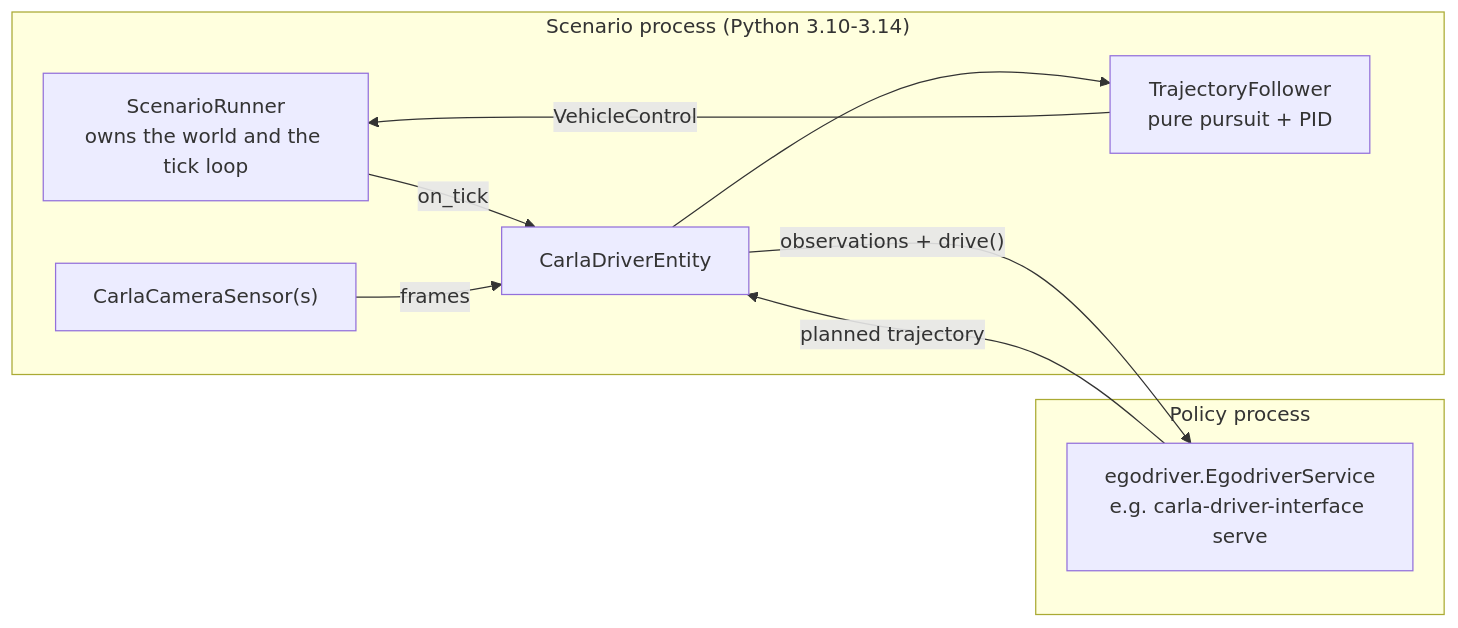
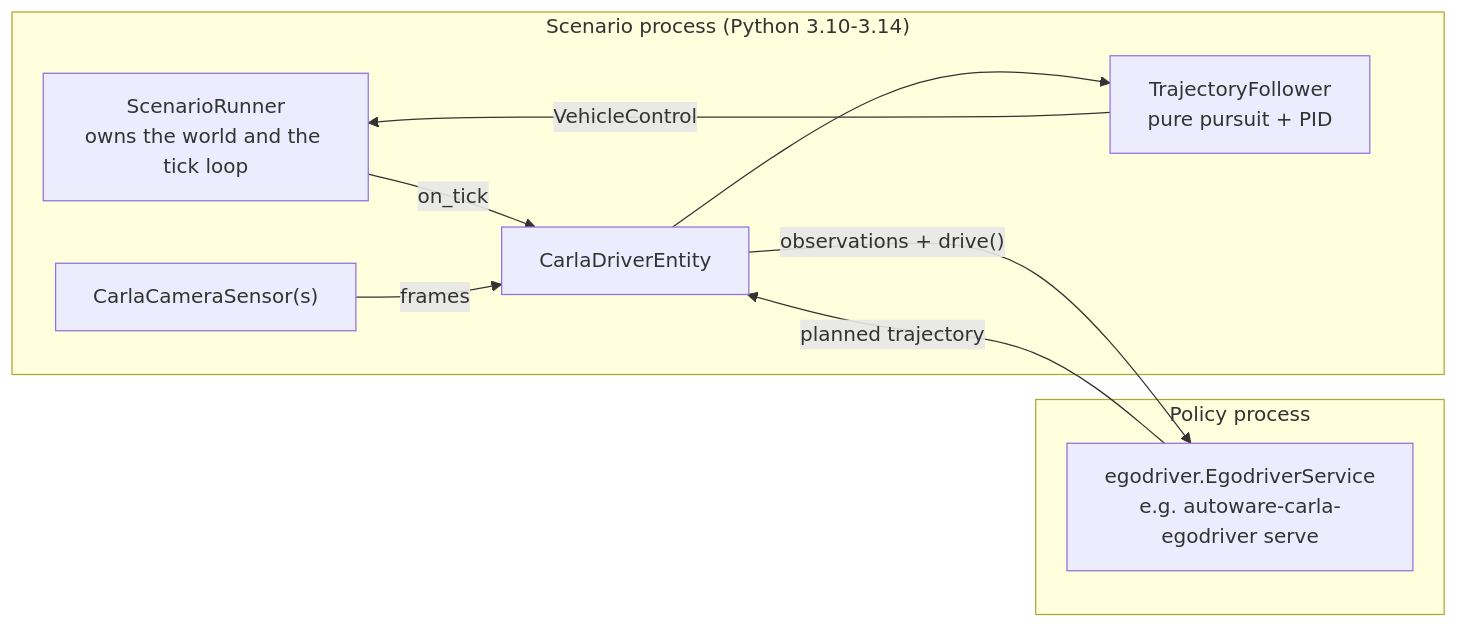
The diagram in autoware_carla_scenario/docs/driver_interface.md (autowarefoundation/autoware_carla_scenario), drawn with Mermaid before and after one commit. The commit also changed other lines of this file and 58 other files, not shown here.

````diff
--- a/autoware_carla_scenario/docs/driver_interface.md
+++ b/autoware_carla_scenario/docs/driver_interface.md
@@ -17,20 +20,20 @@
 ```mermaid
 flowchart LR
     subgraph scenario["Scenario process (Python 3.10-3.14)"]
         SR["ScenarioRunner<br/>owns the world and the tick loop"]
         CDE["CarlaDriverEntity"]
         CAM["CarlaCameraSensor(s)"]
         TF["TrajectoryFollower<br/>pure pursuit + PID"]
         SR -->|on_tick| CDE
         CAM -->|frames| CDE
         CDE --> TF
         TF -->|VehicleControl| SR
     end
 
     subgraph policy["Policy process"]
-        P["egodriver.EgodriverService<br/>e.g. carla-driver-interface serve"]
+        P["egodriver.EgodriverService<br/>e.g. autoware-carla-egodriver serve"]
     end
 
     CDE -->|"observations + drive()"| P
     P -->|"planned trajectory"| CDE
 ```
````
